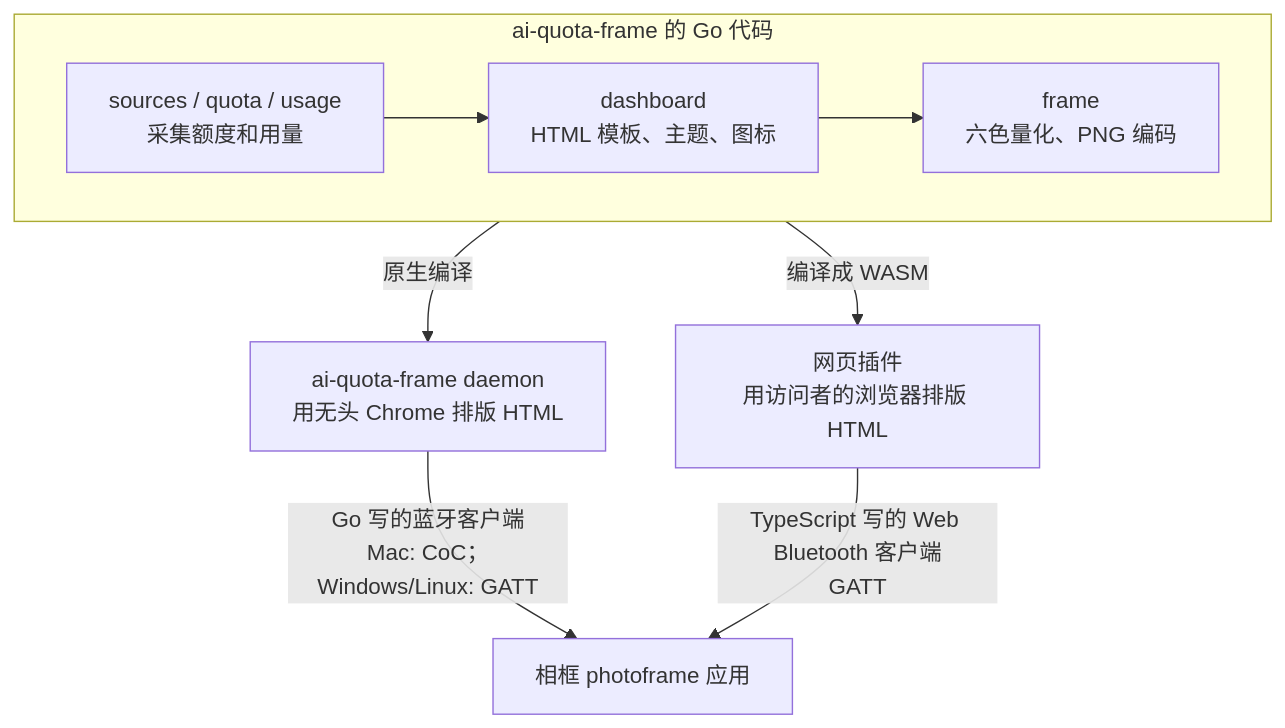
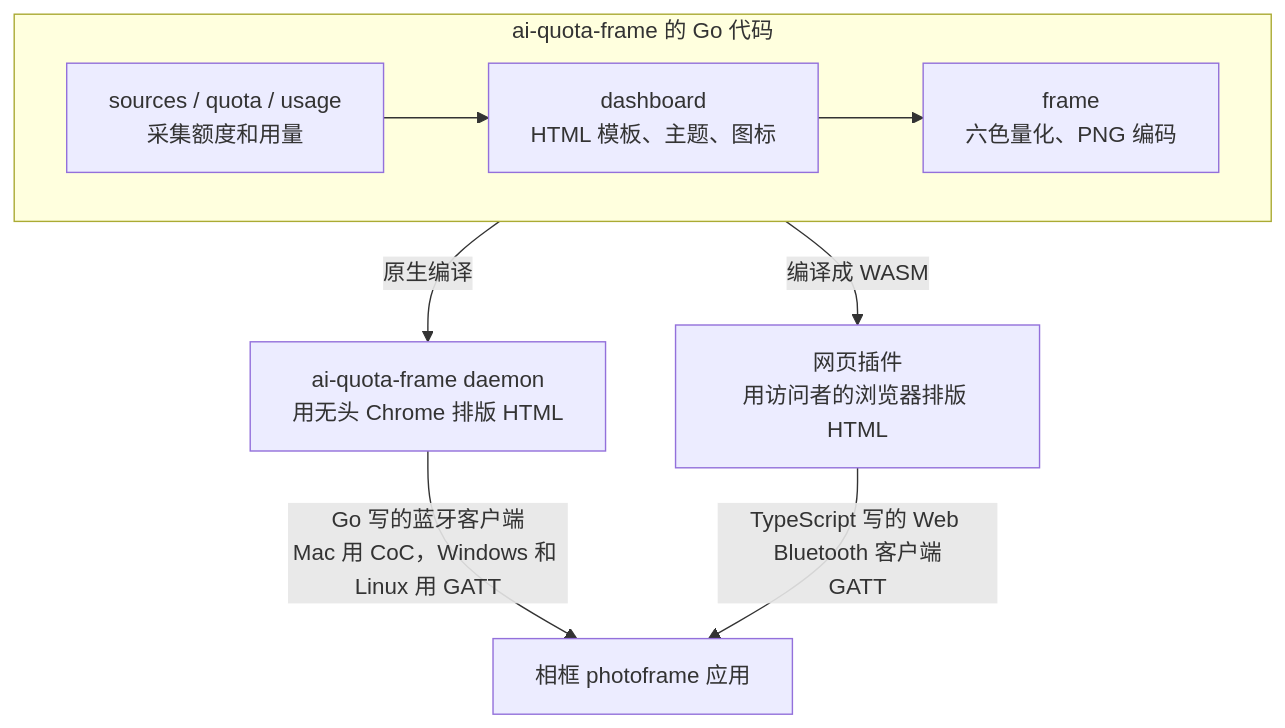
Before and after one commit to M1nt-Ch0c0/esp32s3: the first of 3 diagrams in docs/07-clients.md, drawn with Mermaid. The commit also changed other lines of this file and 10 other files, not shown here.

````diff
--- a/docs/07-clients.md
+++ b/docs/07-clients.md
@@ -17,13 +21,13 @@
 ```mermaid
 flowchart TB
     subgraph Go["ai-quota-frame 的 Go 代码"]
         S[sources / quota / usage<br/>采集额度和用量]
         R[dashboard<br/>HTML 模板、主题、图标]
         Q[frame<br/>六色量化、PNG 编码]
         S --> R --> Q
     end
     Go -->|原生编译| N["ai-quota-frame daemon<br/>用无头 Chrome 排版 HTML"]
     Go -->|编译成 WASM| W["网页插件<br/>用访问者的浏览器排版 HTML"]
-    N -->|Go 写的蓝牙客户端<br/>Mac: CoC；Windows/Linux: GATT| F[相框 photoframe 应用]
+    N -->|Go 写的蓝牙客户端<br/>Mac 用 CoC，Windows 和 Linux 用 GATT| F[相框 photoframe 应用]
     W -->|TypeScript 写的 Web Bluetooth 客户端<br/>GATT| F
 ```
````
